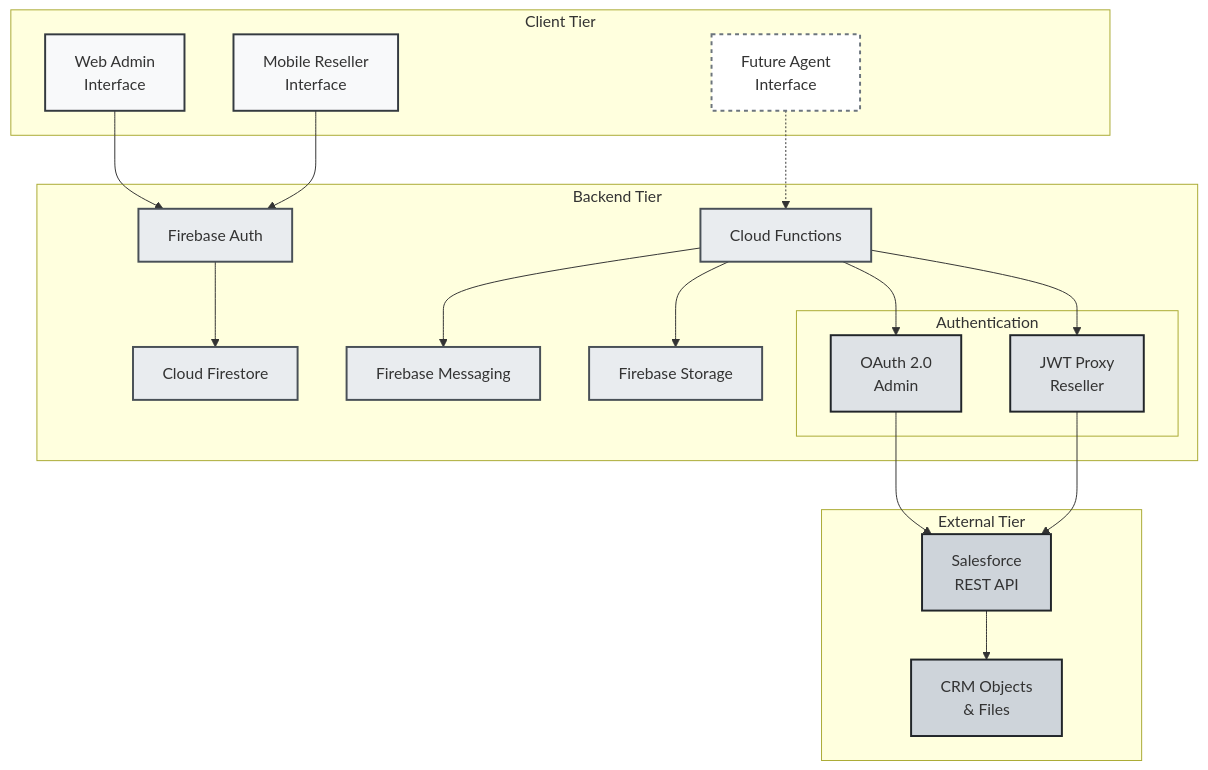
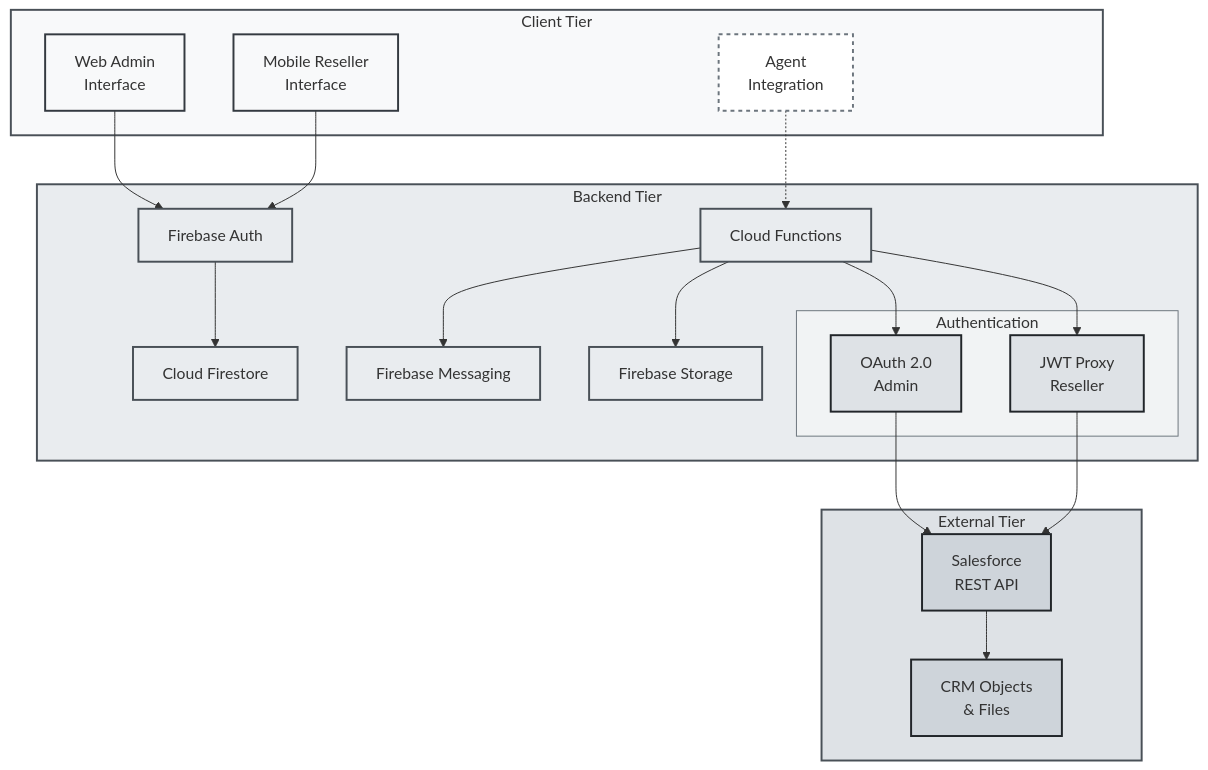
One commit to rodrigocastrolima/twogetherapp changed the diagram in docs/twogether_architecture_diagram.md. Above: the diagram before and after it, drawn with Mermaid.

Commit message:
diagram final

````diff
--- a/docs/twogether_architecture_diagram.md
+++ b/docs/twogether_architecture_diagram.md
@@ -5,61 +5,67 @@
 ```mermaid
 graph TD
     subgraph Client["Client Tier"]
         A["Web Admin<br/>Interface"] 
         B["Mobile Reseller<br/>Interface"]
-        C["Future Agent<br/>Interface"]
+        C["Agent<br/>Integration"]
         ClientSpacer1[" "]
         ClientSpacer2[" "]
     end
     
     subgraph Backend["Backend Tier"]
         D["Firebase Auth"]
         E["Cloud Firestore"]
         F["Firebase Storage"] 
         G["Cloud Functions"]
         H["Firebase Messaging"]
         
         subgraph Auth["Authentication"]
             I["OAuth 2.0<br/>Admin"]
             J["JWT Proxy<br/>Reseller"]
         end
     end
     
     subgraph External["External Tier"]
         K["Salesforce<br/>REST API"]
         L["CRM Objects<br/>& Files"]
     end
     
     %% Connections - Clean Hierarchy
     A --> D
     B --> D
     C -.-> G
     
     D --> E
     G --> H
     G --> F
     
     G --> I
     G --> J
     I --> K
     J --> K
     K --> L
     
     %% Professional Academic Grayscale Styling
     style A fill:#f8f9fa,stroke:#343a40,stroke-width:2px
     style B fill:#f8f9fa,stroke:#343a40,stroke-width:2px
     style C fill:#ffffff,stroke:#6c757d,stroke-width:2px,stroke-dasharray:4 4
     style D fill:#e9ecef,stroke:#495057,stroke-width:2px
     style E fill:#e9ecef,stroke:#495057,stroke-width:2px
     style F fill:#e9ecef,stroke:#495057,stroke-width:2px
     style G fill:#e9ecef,stroke:#495057,stroke-width:2px
     style H fill:#e9ecef,stroke:#495057,stroke-width:2px
     style I fill:#dee2e6,stroke:#212529,stroke-width:2px
     style J fill:#dee2e6,stroke:#212529,stroke-width:2px
     style K fill:#ced4da,stroke:#212529,stroke-width:2px
     style L fill:#ced4da,stroke:#212529,stroke-width:2px
     
+    %% Container Styling
+    style Client fill:#f8f9fa,stroke:#495057,stroke-width:2px
+    style Backend fill:#e9ecef,stroke:#495057,stroke-width:2px
+    style External fill:#dee2e6,stroke:#495057,stroke-width:2px
+    style Auth fill:#f1f3f4,stroke:#6c757d,stroke-width:1px
+    
     %% Hide spacer nodes
     style ClientSpacer1 fill:transparent,stroke:transparent
     style ClientSpacer2 fill:transparent,stroke:transparent
 ```
````
